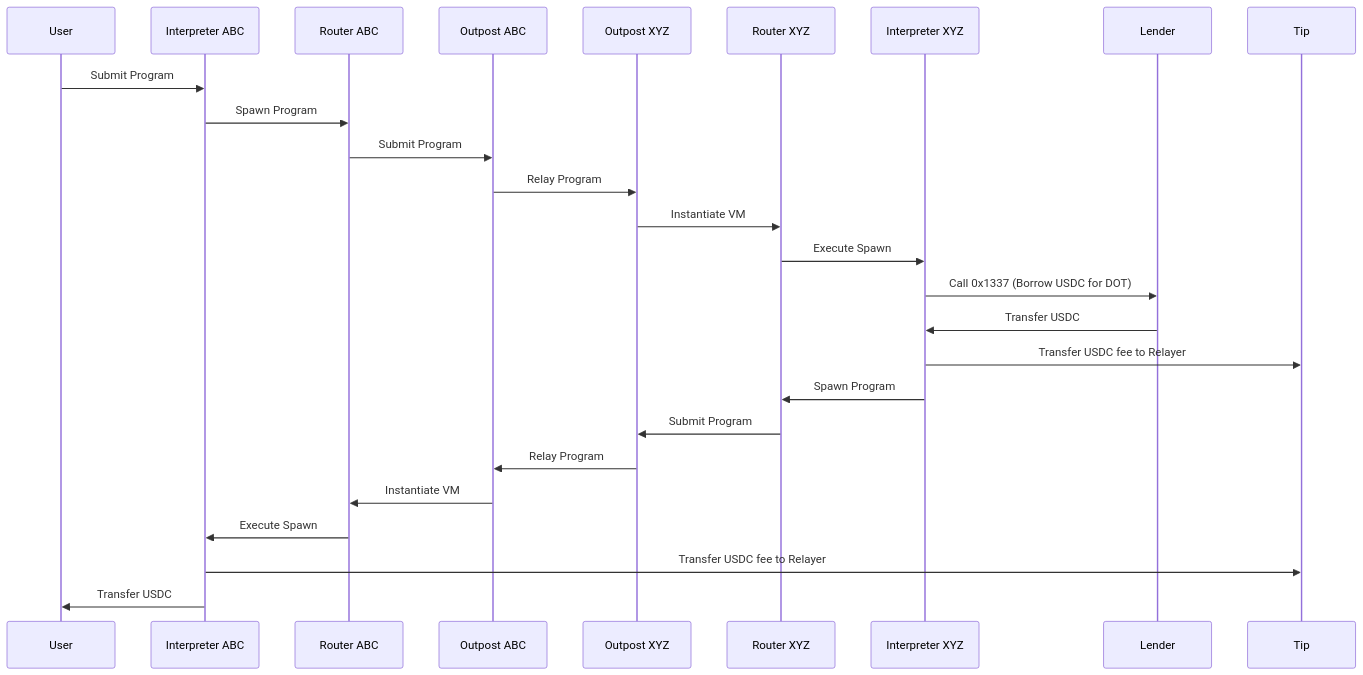
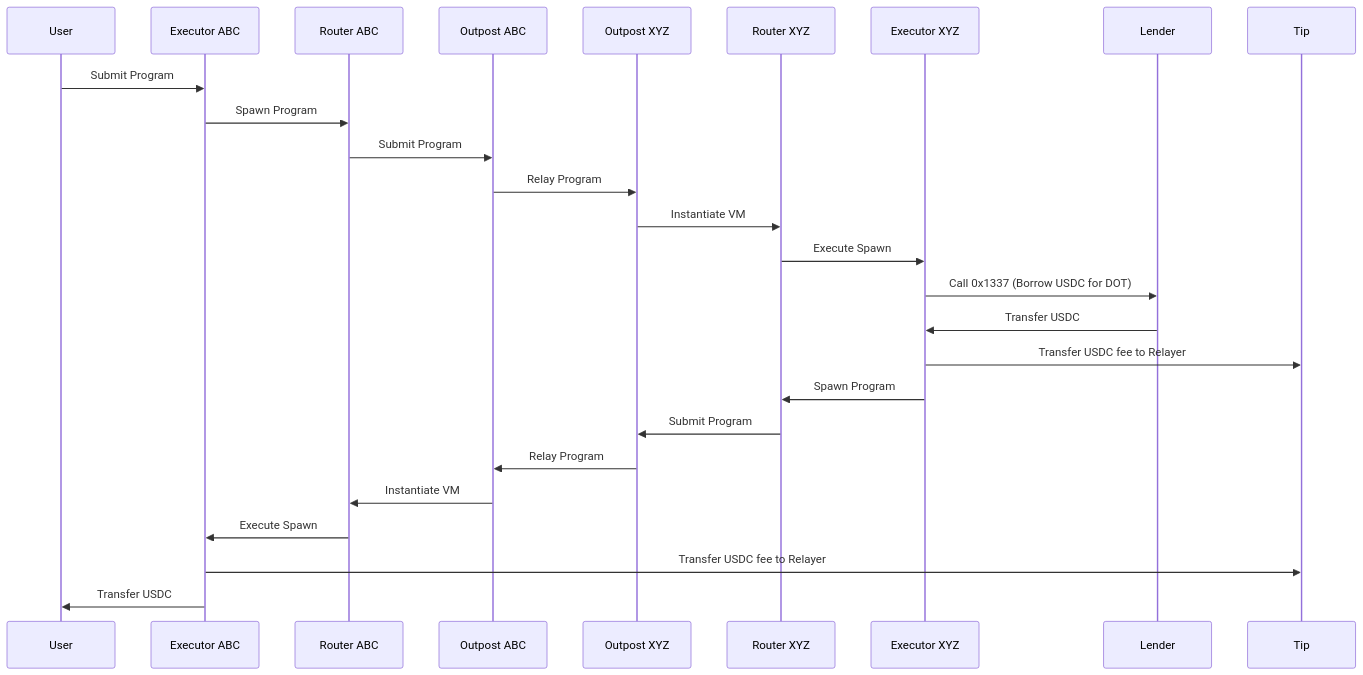
One commit to ComposableFi/composable changed the fifth of 5 diagrams in docs/docs/technology/cvm/specification.md. Above: the diagram before and after it, drawn with Mermaid. The commit also changed other lines of this file and 90 other files, not shown here.

````diff
--- a/docs/docs/technology/cvm/specification.md
+++ b/docs/docs/technology/cvm/specification.md
@@ -758,19 +763,19 @@
 ```mermaid
 sequenceDiagram
-    User->>Interpreter ABC: Submit Program
-    Interpreter ABC->>Router ABC: Spawn Program
+    User->>Executor ABC: Submit Program
+    Executor ABC->>Router ABC: Spawn Program
     Router ABC->>Outpost ABC: Submit Program
     Outpost ABC->>Outpost XYZ: Relay Program
     Outpost XYZ->>Router XYZ: Instantiate VM
-    Router XYZ->>Interpreter XYZ: Execute Spawn
-    Interpreter XYZ->>Lender: Call 0x1337 (Borrow USDC for DOT)
-    Lender->>Interpreter XYZ: Transfer USDC
-    Interpreter XYZ->>Tip: Transfer USDC fee to Relayer
-    Interpreter XYZ->>Router XYZ: Spawn Program
+    Router XYZ->>Executor XYZ: Execute Spawn
+    Executor XYZ->>Lender: Call 0x1337 (Borrow USDC for DOT)
+    Lender->>Executor XYZ: Transfer USDC
+    Executor XYZ->>Tip: Transfer USDC fee to Relayer
+    Executor XYZ->>Router XYZ: Spawn Program
     Router XYZ->>Outpost XYZ: Submit Program
     Outpost XYZ->>Outpost ABC: Relay Program
     Outpost ABC->>Router ABC: Instantiate VM
-    Router ABC->>Interpreter ABC: Execute Spawn
-    Interpreter ABC->>Tip: Transfer USDC fee to Relayer
-    Interpreter ABC->>User: Transfer USDC
+    Router ABC->>Executor ABC: Execute Spawn
+    Executor ABC->>Tip: Transfer USDC fee to Relayer
+    Executor ABC->>User: Transfer USDC
 ```
````
